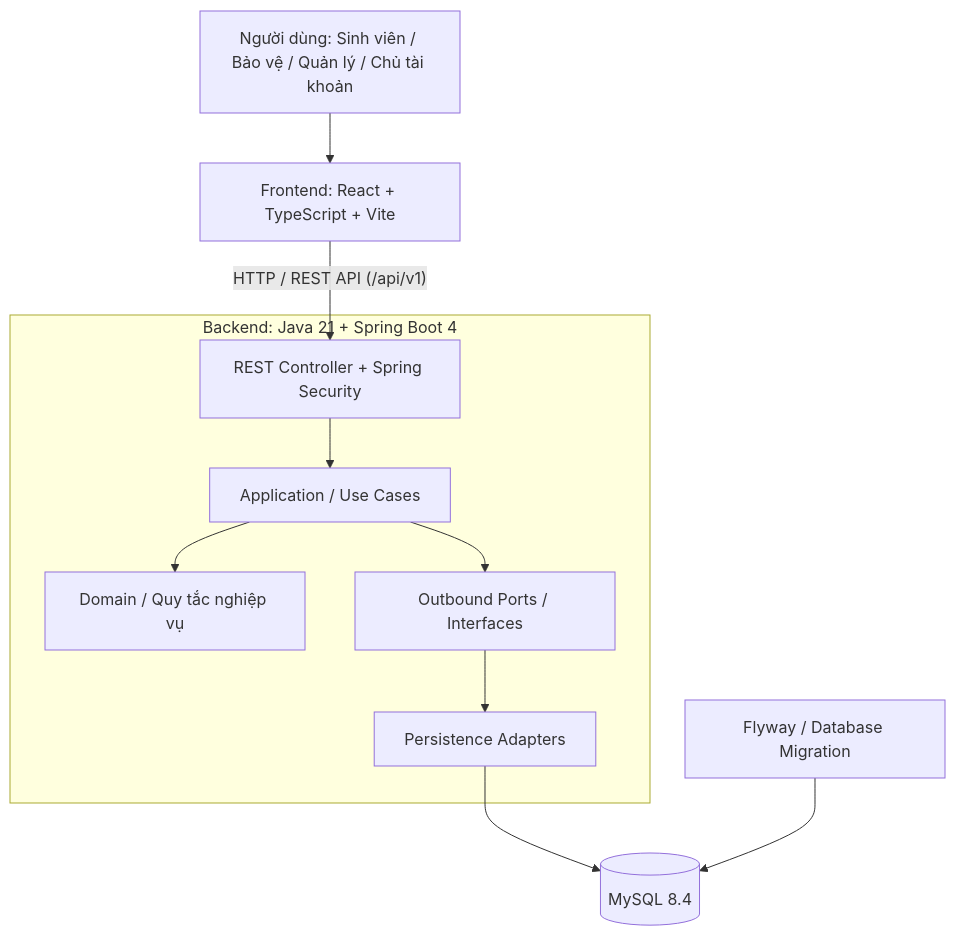
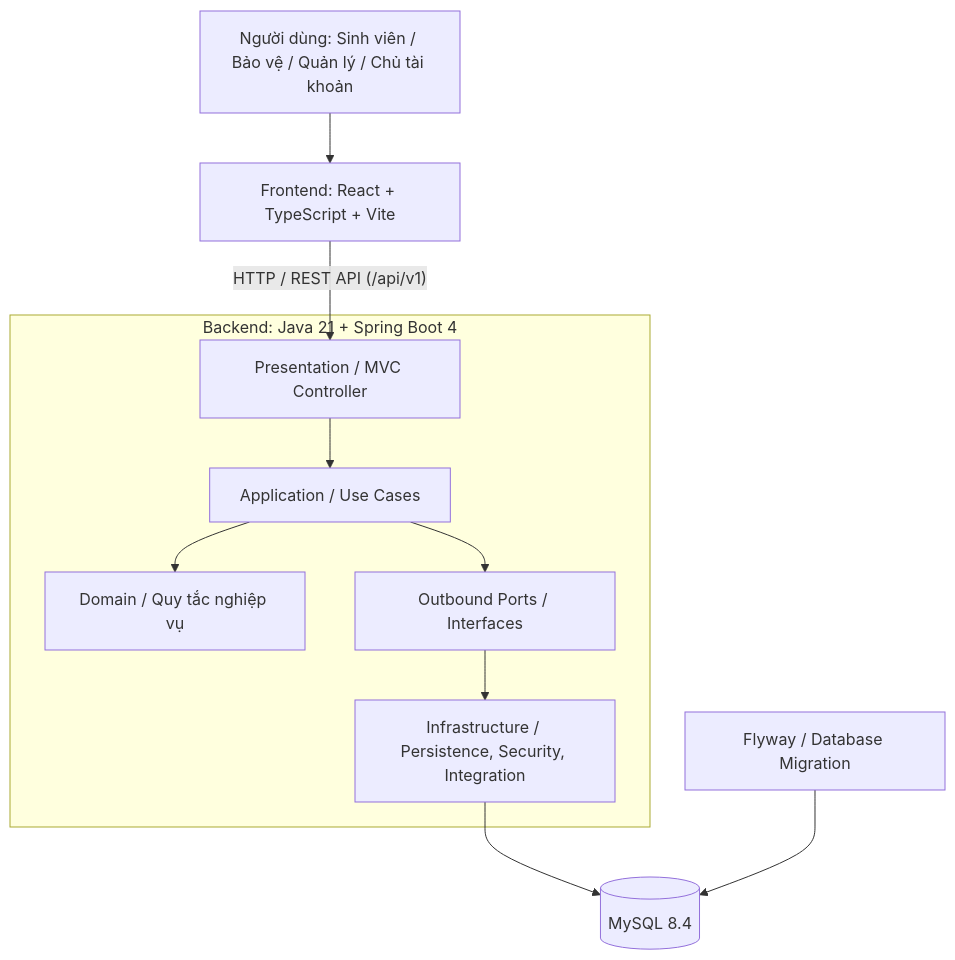
One commit to Halinh2726/BTL_OOP changed the diagram in README.md. Above: the diagram before and after it, drawn with Mermaid. The commit also changed other lines of this file and 364 other files, not shown here.

````diff
--- a/README.md
+++ b/README.md
@@ -56,25 +56,25 @@
 ```mermaid
 flowchart TB
     U["Người dùng: Sinh viên / Bảo vệ / Quản lý / Chủ tài khoản"]
     FE["Frontend: React + TypeScript + Vite"]
 
     subgraph BE["Backend: Java 21 + Spring Boot 4"]
-        API["REST Controller + Spring Security"]
+        API["Presentation / MVC Controller"]
         UC["Application / Use Cases"]
         DOMAIN["Domain / Quy tắc nghiệp vụ"]
         PORT["Outbound Ports / Interfaces"]
-        ADAPTER["Persistence Adapters"]
+        ADAPTER["Infrastructure / Persistence, Security, Integration"]
         API --> UC
         UC --> DOMAIN
         UC --> PORT
         PORT --> ADAPTER
     end
 
     DB[("MySQL 8.4")]
     FLYWAY["Flyway / Database Migration"]
 
     U --> FE
     FE -->|"HTTP / REST API (/api/v1)"| API
     ADAPTER --> DB
     FLYWAY --> DB
 ```
````
